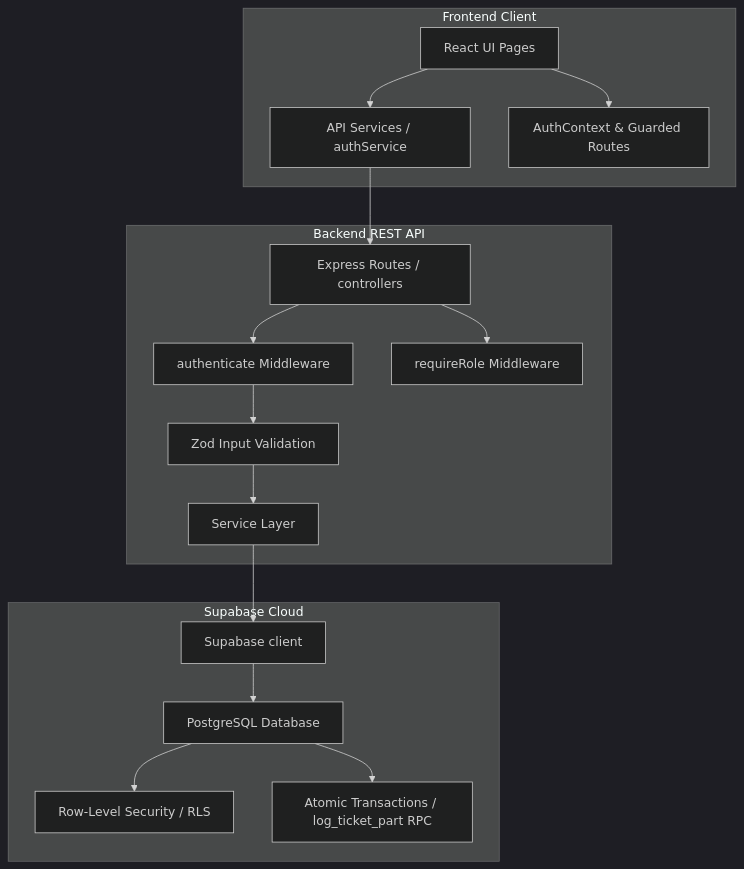
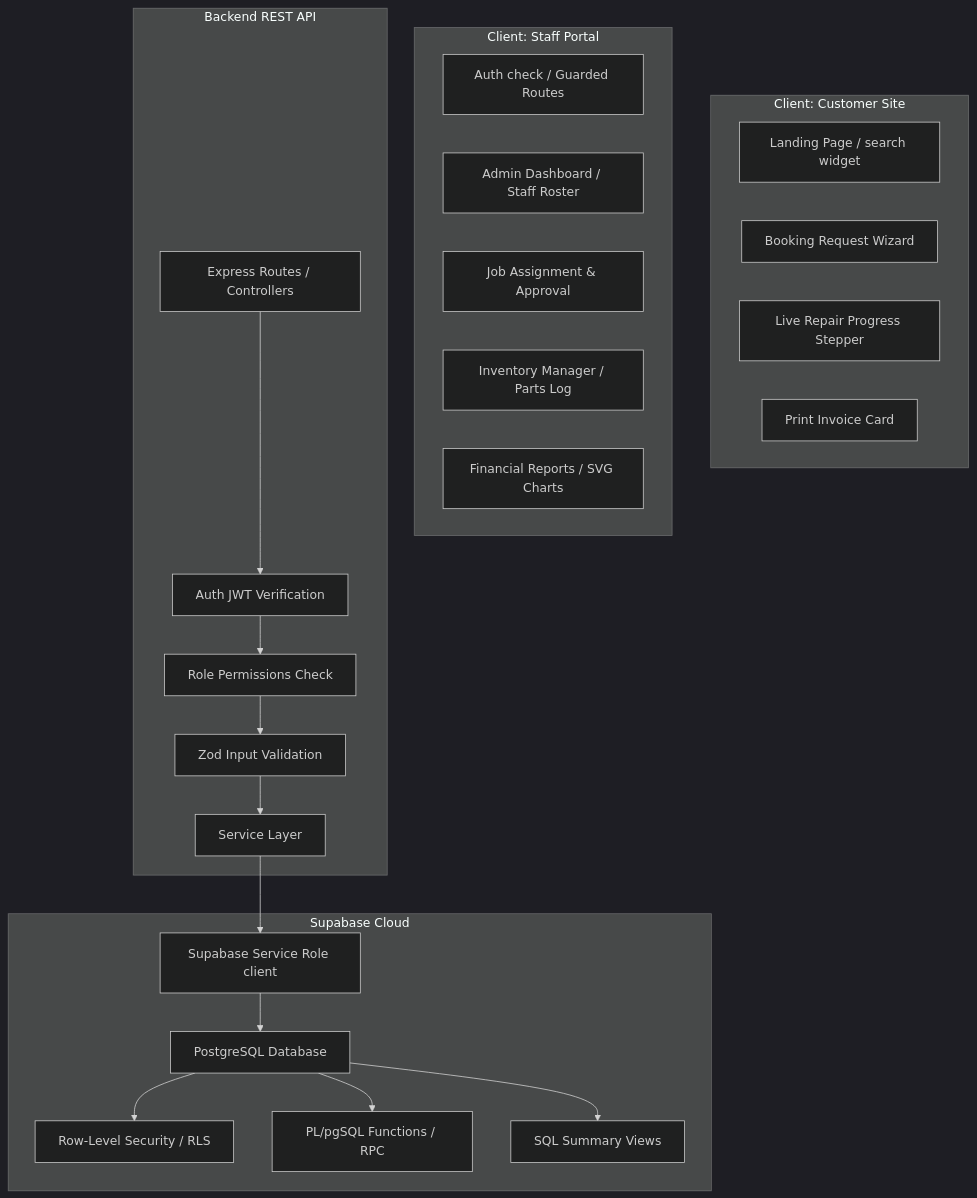
The diagram in ARCHITECTURE.md (KevinAsanda/ANM), drawn with Mermaid (dark theme) before and after one commit. The commit also changed other lines of this file and 3 other files, not shown here.

Commit message:
docs: update system design and setup guides for split customer/staff architecture

````diff
--- a/ARCHITECTURE.md
+++ b/ARCHITECTURE.md
@@ -11,22 +11,32 @@
 ```mermaid
 graph TD
-    subgraph Client [Frontend Client]
-        A[React UI Pages] --> B[API Services / authService]
-        A --> C[AuthContext & Guarded Routes]
+    subgraph CustomerPortal [Client: Customer Site]
+        A1[Landing Page / search widget]
+        A2[Booking Request Wizard]
+        A3[Live Repair Progress Stepper]
+        A4[Print Invoice Card]
+    end
+
+    subgraph StaffPortal [Client: Staff Portal]
+        B1[Auth check / Guarded Routes]
+        B2[Admin Dashboard / Staff Roster]
+        B3[Job Assignment & Approval]
+        B4[Inventory Manager / Parts Log]
+        B5[Financial Reports / SVG Charts]
     end
 
     subgraph Server [Backend REST API]
-        B --> D[Express Routes / controllers]
-        D --> E[authenticate Middleware]
-        D --> F[requireRole Middleware]
-        E --> G[Zod Input Validation]
-        G --> H[Service Layer]
+        C1[Express Routes / Controllers] --> C2[Auth JWT Verification]
+        C2 --> C3[Role Permissions Check]
+        C3 --> C4[Zod Input Validation]
+        C4 --> C5[Service Layer]
     end
 
     subgraph Database [Supabase Cloud]
-        H --> I[Supabase client]
-        I --> J[PostgreSQL Database]
-        J --> K[Row-Level Security / RLS]
-        J --> L[Atomic Transactions / log_ticket_part RPC]
+        C5 --> D1[Supabase Service Role client]
+        D1 --> D2[PostgreSQL Database]
+        D2 --> D3[Row-Level Security / RLS]
+        D2 --> D4[PL/pgSQL Functions / RPC]
+        D2 --> D5[SQL Summary Views]
     end
 ```
````
